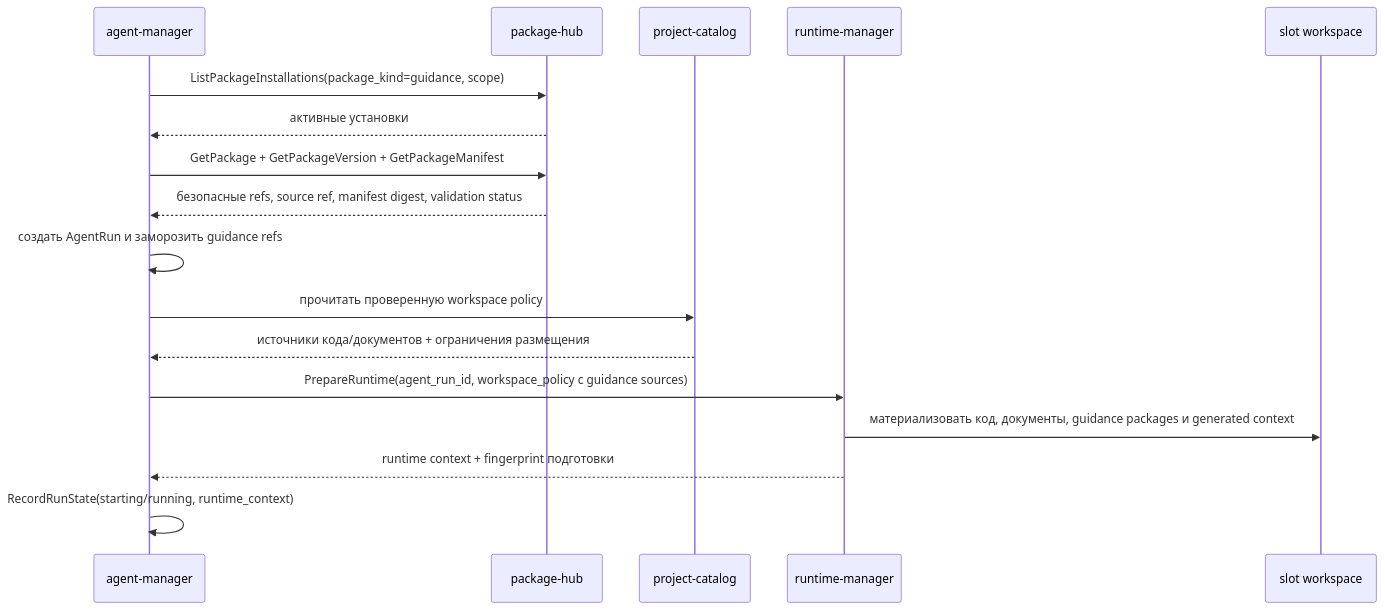
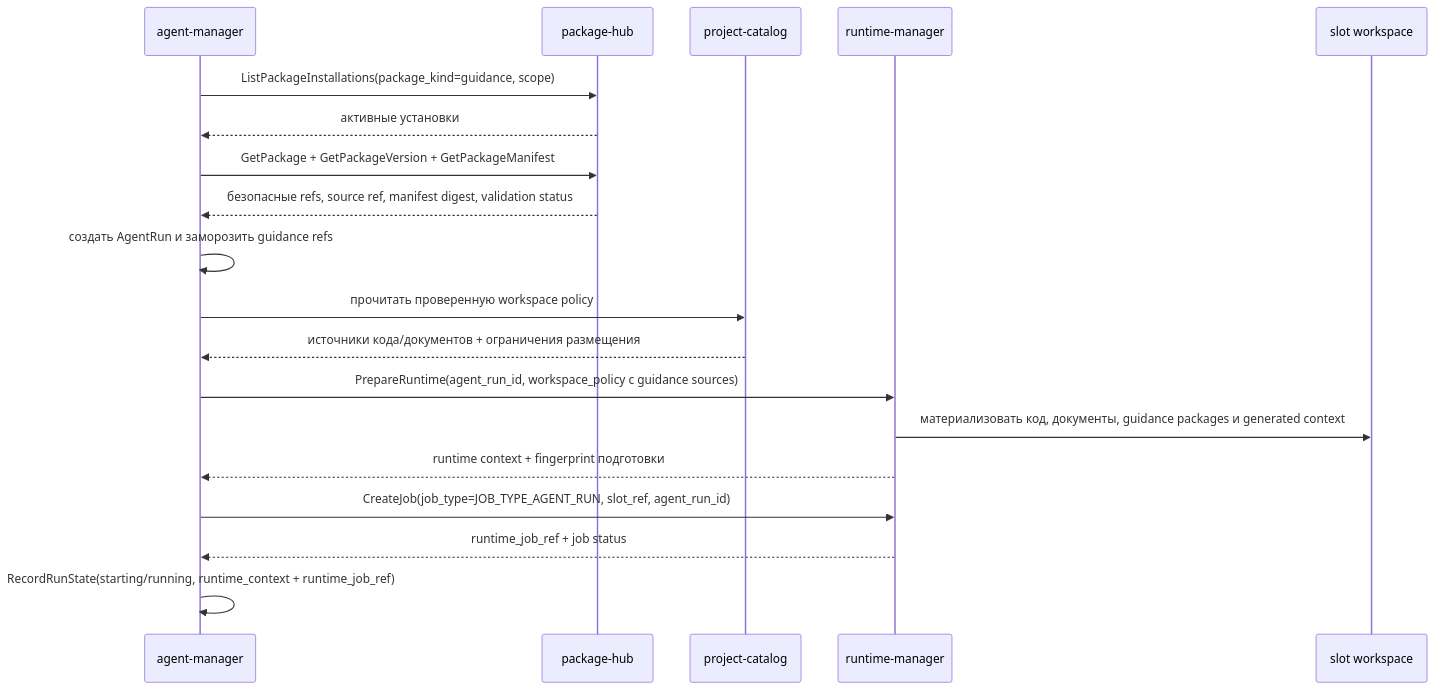
The diagram in docs/domains/agent-orchestration/architecture/guidance_workspace_context.md (codex-k8s/kodex), drawn with Mermaid before and after one commit. The commit also changed other lines of this file and 18 other files, not shown here.

Commit message:
Dispatch agent run runtime jobs

````diff
--- a/docs/domains/agent-orchestration/architecture/guidance_workspace_context.md
+++ b/docs/domains/agent-orchestration/architecture/guidance_workspace_context.md
@@ -46,20 +46,22 @@
 ```mermaid
 sequenceDiagram
   participant AM as agent-manager
   participant PKG as package-hub
   participant PC as project-catalog
   participant RT as runtime-manager
   participant SLOT as slot workspace
 
   AM->>PKG: ListPackageInstallations(package_kind=guidance, scope)
   PKG-->>AM: активные установки
   AM->>PKG: GetPackage + GetPackageVersion + GetPackageManifest
   PKG-->>AM: безопасные refs, source ref, manifest digest, validation status
   AM->>AM: создать AgentRun и заморозить guidance refs
   AM->>PC: прочитать проверенную workspace policy
   PC-->>AM: источники кода/документов + ограничения размещения
   AM->>RT: PrepareRuntime(agent_run_id, workspace_policy с guidance sources)
   RT->>SLOT: материализовать код, документы, guidance packages и generated context
   RT-->>AM: runtime context + fingerprint подготовки
-  AM->>AM: RecordRunState(starting/running, runtime_context)
+  AM->>RT: CreateJob(job_type=JOB_TYPE_AGENT_RUN, slot_ref, agent_run_id)
+  RT-->>AM: runtime_job_ref + job status
+  AM->>AM: RecordRunState(starting/running, runtime_context + runtime_job_ref)
 ```
````
